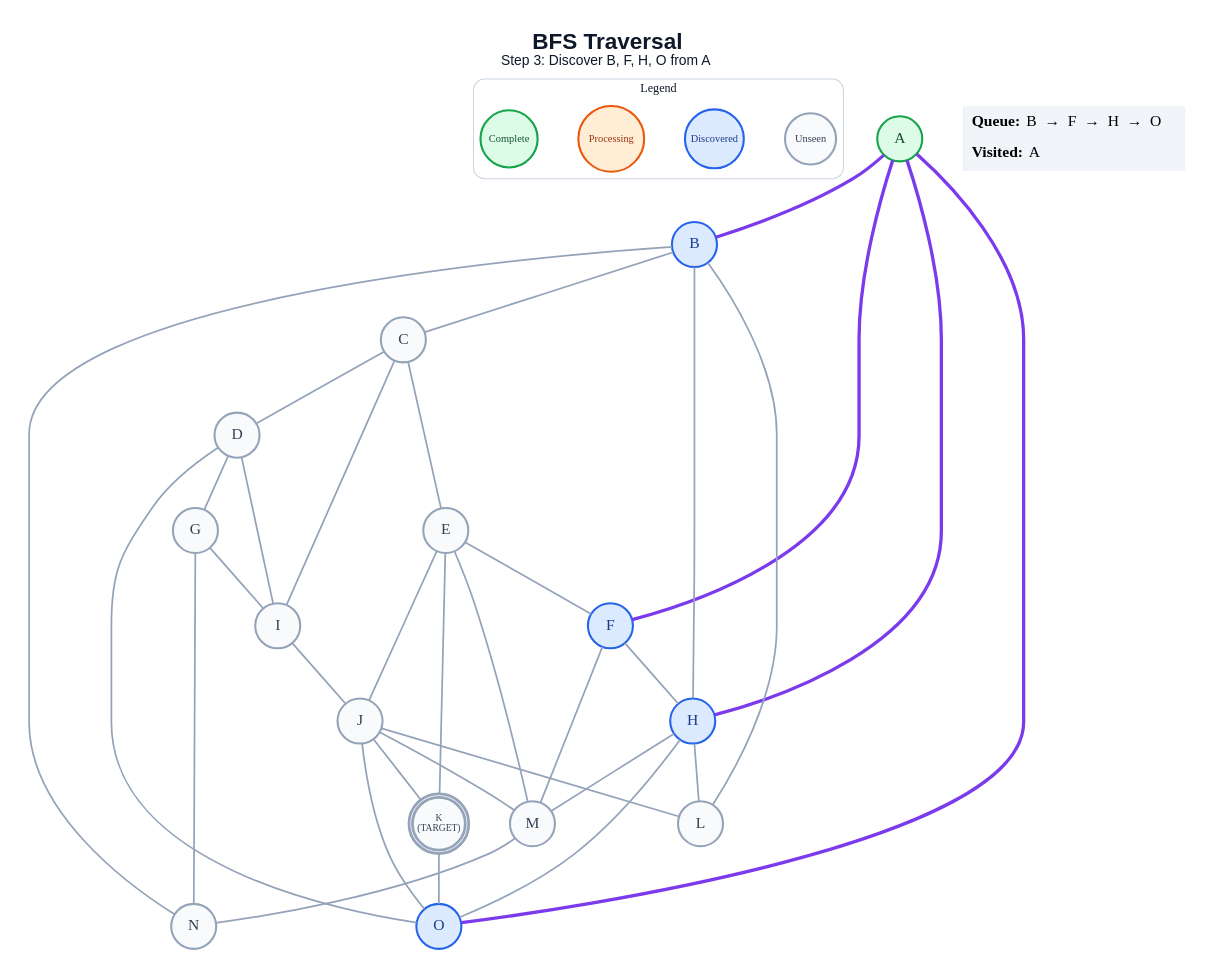
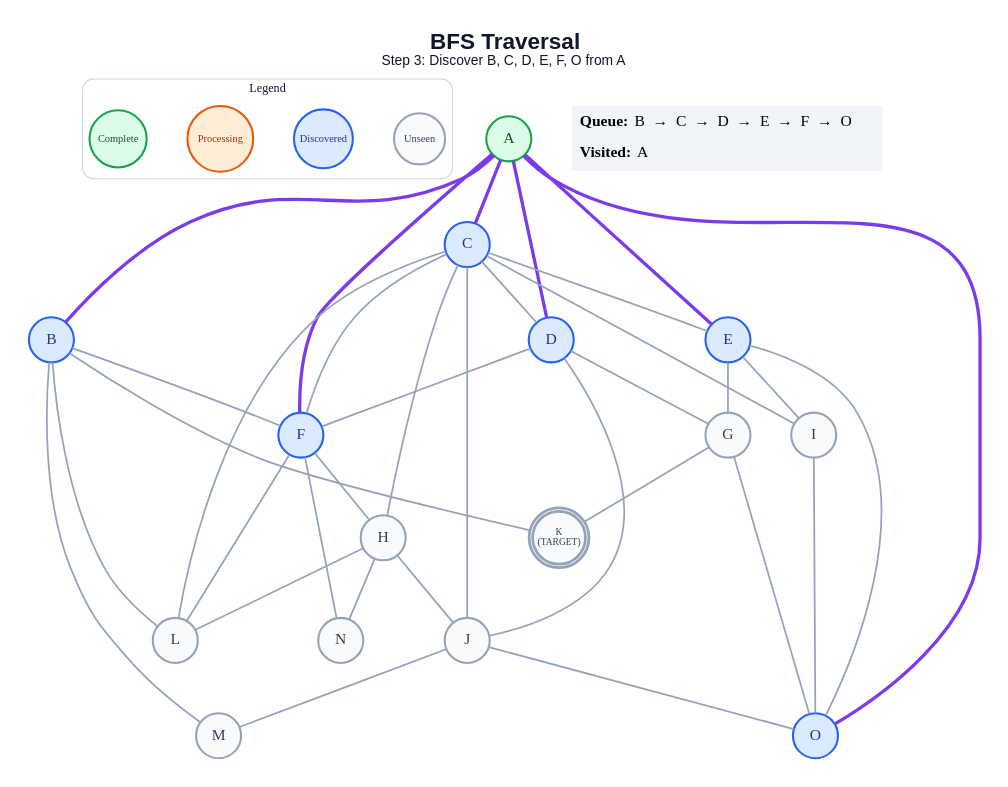
Before and after one commit to anon7238593-create/ai-slop: the diagram in generated/short-circuit/bfs/step_03.dot, drawn with Graphviz. The commit also changed 253 other files, not shown here.

```diff
--- a/generated/short-circuit/bfs/step_03.dot
+++ b/generated/short-circuit/bfs/step_03.dot
@@ -1,66 +1,68 @@
 graph traversal {
   graph [layout=dot, rankdir=TB, bgcolor="#FFFFFF", pad="0.35", nodesep="0.65", ranksep="0.8", fontname="Arial"];
   node [shape=circle, style="filled", fontname="Arial Bold", fontsize=18, width=0.72, fixedsize=true, penwidth=2.4];
   edge [color="#94A3B8", penwidth=2.0];
-  label=<<B>BFS Traversal</B><BR/><FONT POINT-SIZE="16">Step 3: Discover B, F, H, O from A</FONT>>; labelloc="t"; fontsize=26; fontname="Arial"; fontcolor="#0F172A";
+  label=<<B>BFS Traversal</B><BR/><FONT POINT-SIZE="16">Step 3: Discover B, C, D, E, F, O from A</FONT>>; labelloc="t"; fontsize=26; fontname="Arial"; fontcolor="#0F172A";
   subgraph cluster_legend { label="Legend"; color="#CBD5E1"; penwidth=1.2; style="rounded"; fontsize=14; fontname="Arial Bold";
     key_unseen [label="Unseen", fillcolor="#F8FAFC", color="#94A3B8", fontcolor="#334155", fontsize=12, width=0.82];
     key_frontier [label="Discovered", fillcolor="#DBEAFE", color="#2563EB", fontcolor="#1E3A8A", fontsize=12, width=0.95];
     key_current [label="Processing", fillcolor="#FFEDD5", color="#EA580C", fontcolor="#9A3412", fontsize=12, width=1.05];
     key_done [label="Complete", fillcolor="#DCFCE7", color="#16A34A", fontcolor="#14532D", fontsize=12, width=0.92];
     { rank=same; key_unseen; key_frontier; key_current; key_done; }
   }
   A [label="A", fillcolor="#DCFCE7", color="#16A34A", fontcolor="#14532D", peripheries=1, penwidth=2.4];
   B [label="B", fillcolor="#DBEAFE", color="#2563EB", fontcolor="#1E3A8A", peripheries=1, penwidth=2.4];
-  C [label="C", fillcolor="#F8FAFC", color="#94A3B8", fontcolor="#334155", peripheries=1, penwidth=2.4];
-  D [label="D", fillcolor="#F8FAFC", color="#94A3B8", fontcolor="#334155", peripheries=1, penwidth=2.4];
-  E [label="E", fillcolor="#F8FAFC", color="#94A3B8", fontcolor="#334155", peripheries=1, penwidth=2.4];
+  C [label="C", fillcolor="#DBEAFE", color="#2563EB", fontcolor="#1E3A8A", peripheries=1, penwidth=2.4];
+  D [label="D", fillcolor="#DBEAFE", color="#2563EB", fontcolor="#1E3A8A", peripheries=1, penwidth=2.4];
+  E [label="E", fillcolor="#DBEAFE", color="#2563EB", fontcolor="#1E3A8A", peripheries=1, penwidth=2.4];
   F [label="F", fillcolor="#DBEAFE", color="#2563EB", fontcolor="#1E3A8A", peripheries=1, penwidth=2.4];
   G [label="G", fillcolor="#F8FAFC", color="#94A3B8", fontcolor="#334155", peripheries=1, penwidth=2.4];
-  H [label="H", fillcolor="#DBEAFE", color="#2563EB", fontcolor="#1E3A8A", peripheries=1, penwidth=2.4];
+  H [label="H", fillcolor="#F8FAFC", color="#94A3B8", fontcolor="#334155", peripheries=1, penwidth=2.4];
   I [label="I", fillcolor="#F8FAFC", color="#94A3B8", fontcolor="#334155", peripheries=1, penwidth=2.4];
   J [label="J", fillcolor="#F8FAFC", color="#94A3B8", fontcolor="#334155", peripheries=1, penwidth=2.4];
   K [label="K\n(TARGET)", fillcolor="#F8FAFC", color="#94A3B8", fontcolor="#334155", peripheries=2, penwidth=3.2, fontsize=11, width=0.85, height=0.85];
   L [label="L", fillcolor="#F8FAFC", color="#94A3B8", fontcolor="#334155", peripheries=1, penwidth=2.4];
   M [label="M", fillcolor="#F8FAFC", color="#94A3B8", fontcolor="#334155", peripheries=1, penwidth=2.4];
   N [label="N", fillcolor="#F8FAFC", color="#94A3B8", fontcolor="#334155", peripheries=1, penwidth=2.4];
   O [label="O", fillcolor="#DBEAFE", color="#2563EB", fontcolor="#1E3A8A", peripheries=1, penwidth=2.4];
   A -- B [color="#7C3AED", penwidth=3.8];
+  A -- C [color="#7C3AED", penwidth=3.8];
+  A -- D [color="#7C3AED", penwidth=3.8];
+  A -- E [color="#7C3AED", penwidth=3.8];
   A -- F [color="#7C3AED", penwidth=3.8];
-  A -- H [color="#7C3AED", penwidth=3.8];
   A -- O [color="#7C3AED", penwidth=3.8];
-  B -- C;
-  B -- H;
+  B -- F;
+  B -- K;
   B -- L;
-  B -- N;
+  B -- M;
   C -- D;
   C -- E;
+  C -- F;
+  C -- H;
   C -- I;
+  C -- J;
+  C -- L;
+  D -- F;
   D -- G;
-  D -- I;
-  D -- O;
-  E -- F;
-  E -- J;
-  E -- K;
-  E -- M;
+  D -- J;
+  E -- G;
+  E -- I;
+  E -- O;
   F -- H;
-  F -- M;
-  G -- I;
-  G -- N;
+  F -- L;
+  F -- N;
+  G -- K;
+  G -- O;
+  H -- J;
   H -- L;
-  H -- M;
-  H -- O;
-  I -- J;
-  J -- K;
-  J -- L;
+  H -- N;
+  I -- O;
   J -- M;
   J -- O;
-  K -- O;
-  M -- N;
   status [shape=plain, fixedsize=false, width=0, height=0, margin=0, label=<
     <TABLE BORDER="0" CELLBORDER="0" CELLPADDING="7" BGCOLOR="#F1F5F9">
-      <TR><TD ALIGN="LEFT"><B>Queue:</B> B  →  F  →  H  →  O</TD></TR>
+      <TR><TD ALIGN="LEFT"><B>Queue:</B> B  →  C  →  D  →  E  →  F  →  O</TD></TR>
       <TR><TD ALIGN="LEFT"><B>Visited:</B> A</TD></TR>
     </TABLE>
   >];
 }
```
